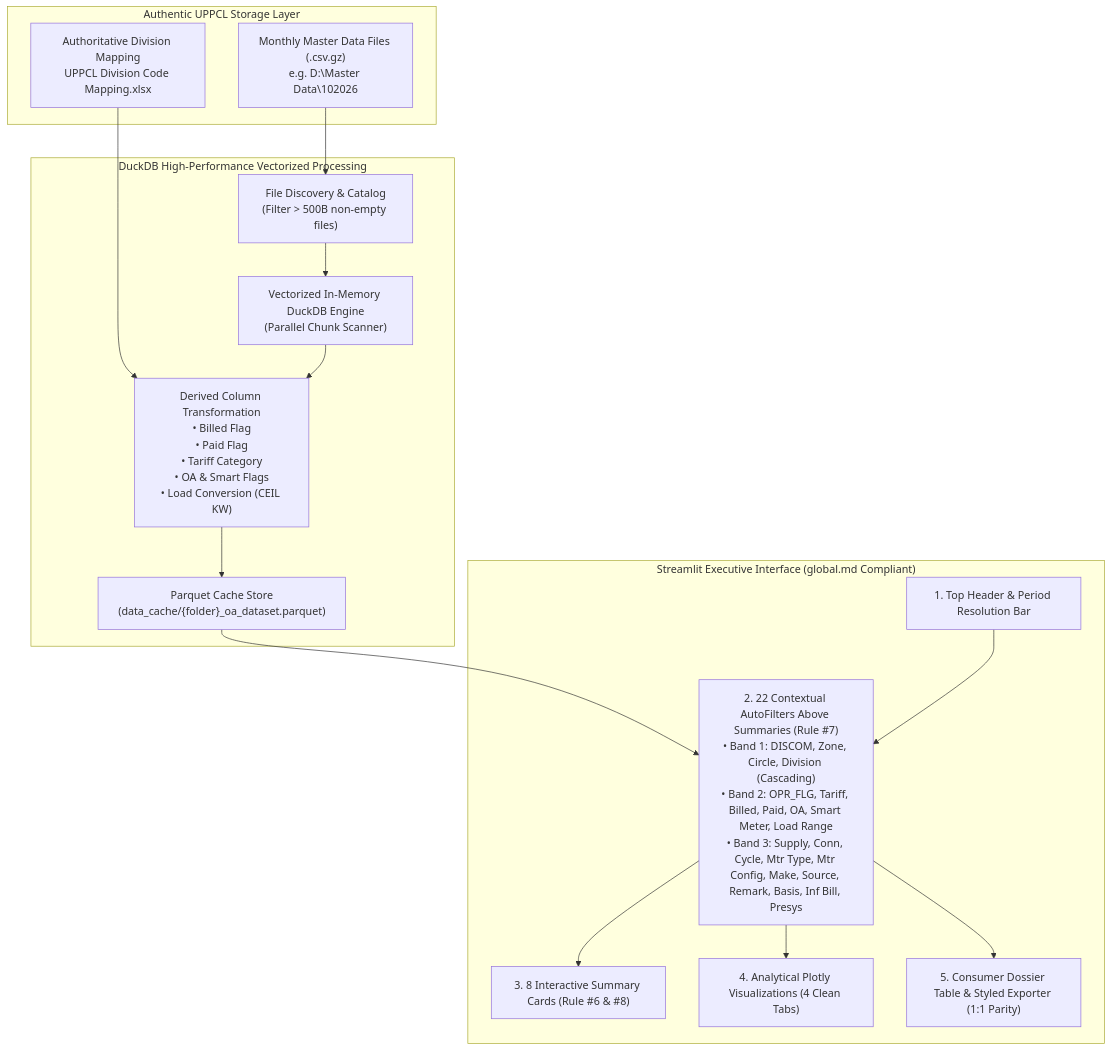
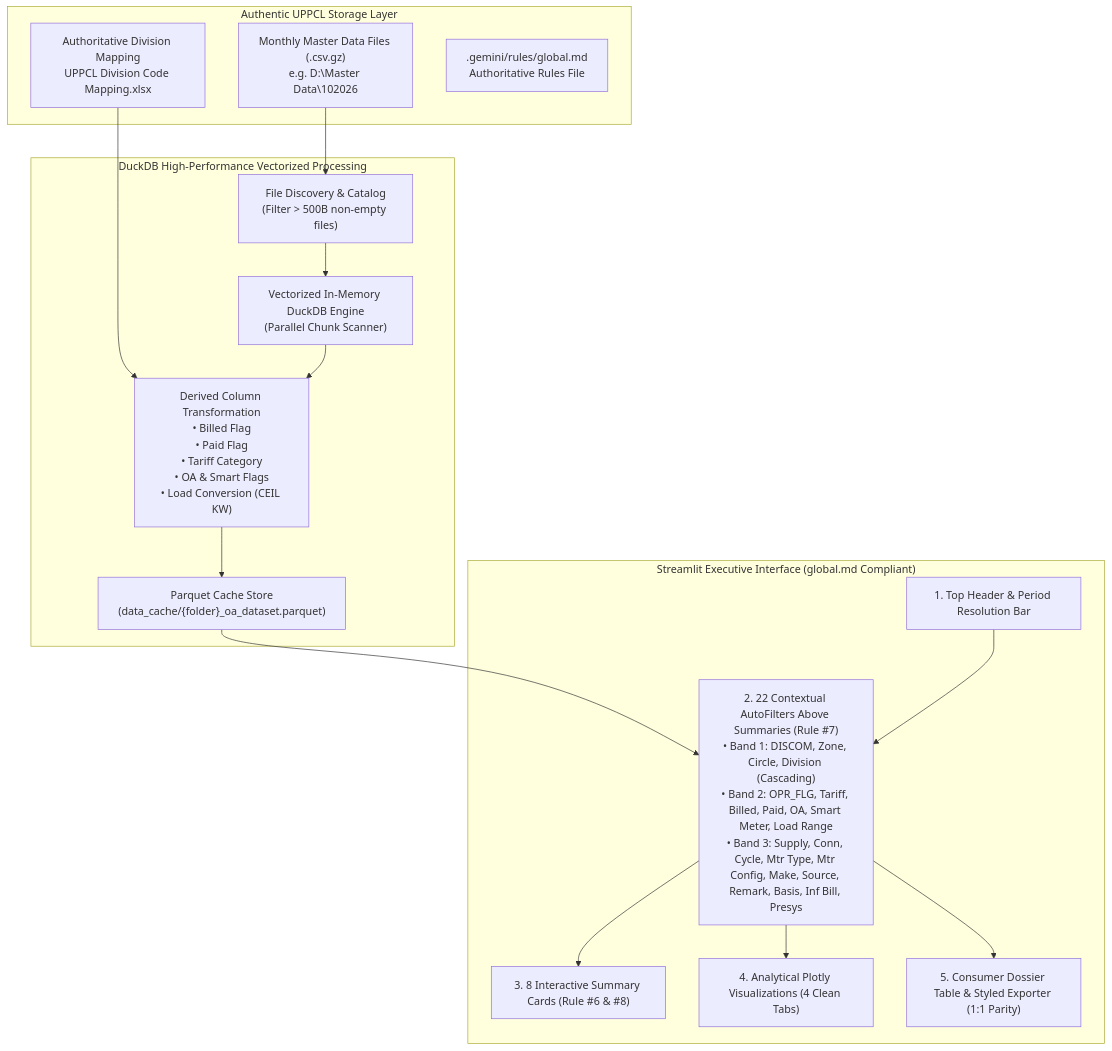
The diagram in docs/TECHNICAL_DESIGN_AND_MANUAL.md (santosh-mvvnl/Open-Access), drawn with Mermaid before and after one commit. The commit also changed other lines of this file and 3 other files, not shown here.

````diff
--- a/docs/TECHNICAL_DESIGN_AND_MANUAL.md
+++ b/docs/TECHNICAL_DESIGN_AND_MANUAL.md
@@ -8,33 +8,34 @@
 ```mermaid
 graph TD
     subgraph Storage["Authentic UPPCL Storage Layer"]
         MD["Monthly Master Data Files (.csv.gz)<br>e.g. D:\Master Data\102026"]
         MAP["Authoritative Division Mapping<br>UPPCL Division Code Mapping.xlsx"]
+        RULES[".gemini/rules/global.md<br>Authoritative Rules File"]
     end
 
     subgraph Engine["DuckDB High-Performance Vectorized Processing"]
         SCAN["File Discovery & Catalog<br>(Filter > 500B non-empty files)"]
         DUCK["Vectorized In-Memory DuckDB Engine<br>(Parallel Chunk Scanner)"]
         ENRICH["Derived Column Transformation<br>• Billed Flag<br>• Paid Flag<br>• Tariff Category<br>• OA & Smart Flags<br>• Load Conversion (CEIL KW)"]
         CACHE["Parquet Cache Store<br>(data_cache/{folder}_oa_dataset.parquet)"]
     end
 
     subgraph UI["Streamlit Executive Interface (global.md Compliant)"]
         TOP["1. Top Header & Period Resolution Bar"]
         FILT["2. 22 Contextual AutoFilters Above Summaries (Rule #7)<br>• Band 1: DISCOM, Zone, Circle, Division (Cascading)<br>• Band 2: OPR_FLG, Tariff, Billed, Paid, OA, Smart Meter, Load Range<br>• Band 3: Supply, Conn, Cycle, Mtr Type, Mtr Config, Make, Source, Remark, Basis, Inf Bill, Presys"]
         KPI["3. 8 Interactive Summary Cards (Rule #6 & #8)"]
         CHART["4. Analytical Plotly Visualizations (4 Clean Tabs)"]
         TABLE["5. Consumer Dossier Table & Styled Exporter (1:1 Parity)"]
     end
 
     MD --> SCAN
     SCAN --> DUCK
     MAP --> ENRICH
     DUCK --> ENRICH
     ENRICH --> CACHE
     CACHE --> FILT
     FILT --> KPI
     FILT --> CHART
     FILT --> TABLE
     TOP --> FILT
 ```
````
